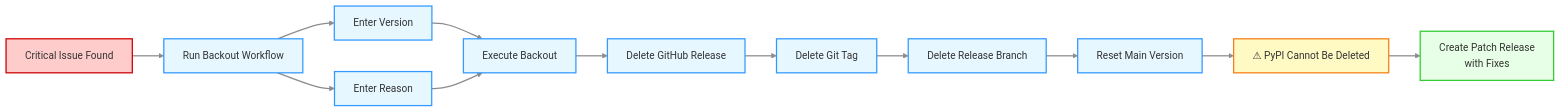
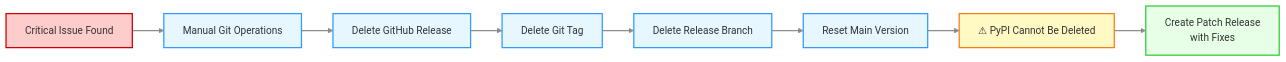
Diagram 12 of 18 in .github/RELEASE_PROCESS.md (minouris/spafw37), drawn with Mermaid (forest theme) before and after one commit. The commit also changed other lines of this file, not shown here.

Commit message:
Updated documentation for release workflows

````diff
--- a/.github/RELEASE_PROCESS.md
+++ b/.github/RELEASE_PROCESS.md
@@ -458,26 +962,22 @@
 ```mermaid
 flowchart LR
-    A[Critical Issue Found] --> B[Run Backout Workflow]
-    B --> C[Enter Version]
-    B --> D[Enter Reason]
-    C --> E[Execute Backout]
-    D --> E
-    E --> F[Delete GitHub Release]
-    F --> G[Delete Git Tag]
-    G --> H[Delete Release Branch]
-    H --> I[Reset Main Version]
-    I --> J[⚠ PyPI Cannot Be Deleted]
-    J --> K[Create Patch Release<br/>with Fixes]
+    A[Critical Issue Found] --> B[Manual Git Operations]
+    B --> C[Delete GitHub Release]
+    C --> D[Delete Git Tag]
+    D --> E[Delete Release Branch]
+    E --> F[Reset Main Version]
+    F --> G[⚠ PyPI Cannot Be Deleted]
+    G --> H[Create Patch Release<br/>with Fixes]
     
     classDef errorStyle fill:#ffcccc,stroke:#cc0000,stroke-width:2px,color:#333
     classDef processStyle fill:#e6f7ff,stroke:#3399ff,stroke-width:2px,color:#333
     classDef warningStyle fill:#fff9c4,stroke:#f57f17,stroke-width:2px,color:#333
     classDef successStyle fill:#e6ffe6,stroke:#33cc33,stroke-width:2px,color:#333
     
     class A errorStyle
-    class B,C,D,E,F,G,H,I processStyle
-    class J warningStyle
-    class K successStyle
+    class B,C,D,E,F processStyle
+    class G warningStyle
+    class H successStyle
     
     linkStyle default stroke:#8c8c8c,stroke-width:2px
 ```
````
